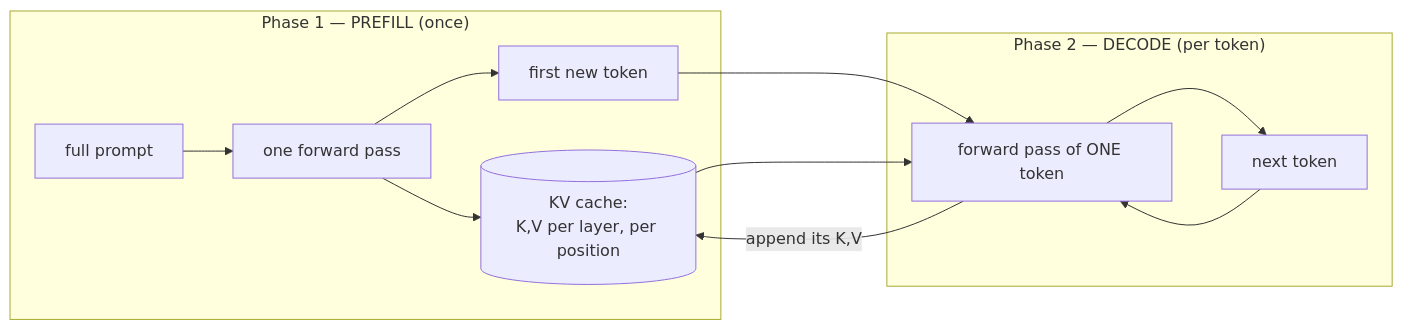
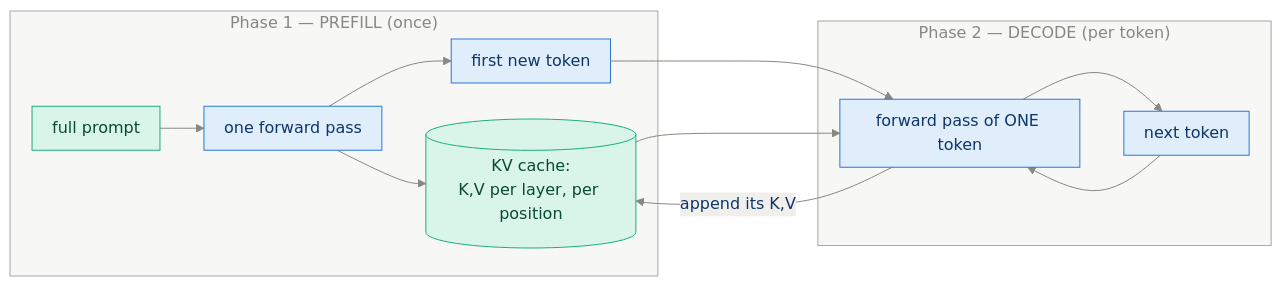
The second of 4 diagrams in study_guide/appendix_kv_cache_batching.md (sudhanshu-shivam-dev/reasoning_model_from_scratch), drawn with Mermaid before and after one commit. The commit also changed other lines of this file and 14 other files, not shown here.

First line of the commit message:
Restyle all 54 diagrams: consistent palette, semantic colors, better spacing

````diff
--- a/study_guide/appendix_kv_cache_batching.md
+++ b/study_guide/appendix_kv_cache_batching.md
@@ -40,13 +41,16 @@
 ```mermaid
+%%{init: {"theme":"base","themeVariables":{"primaryColor":"#e0edfb","primaryTextColor":"#0d366b","primaryBorderColor":"#2a78d6","lineColor":"#898781","textColor":"#52514e","edgeLabelBackground":"#f0efec","clusterBkg":"rgba(137,135,129,0.07)","clusterBorder":"#a9a7a0","titleColor":"#898781"},"flowchart":{"nodeSpacing":36,"rankSpacing":44,"curve":"basis","padding":10}}}%%
 flowchart LR
     subgraph PREFILL["Phase 1 — PREFILL (once)"]
         P["full prompt"] --> F["one forward pass"] --> KV[("KV cache:<br/>K,V per layer, per position")]
         F --> T1["first new token"]
     end
     subgraph DECODE["Phase 2 — DECODE (per token)"]
         T1 --> ONE["forward pass of ONE token"]
         KV --> ONE
         ONE -->|append its K,V| KV
         ONE --> NXT["next token"] --> ONE
     end
+    classDef data fill:#d9f4e9,stroke:#1baf7a,color:#0b4a33
+    class P,KV data
 ```
````
